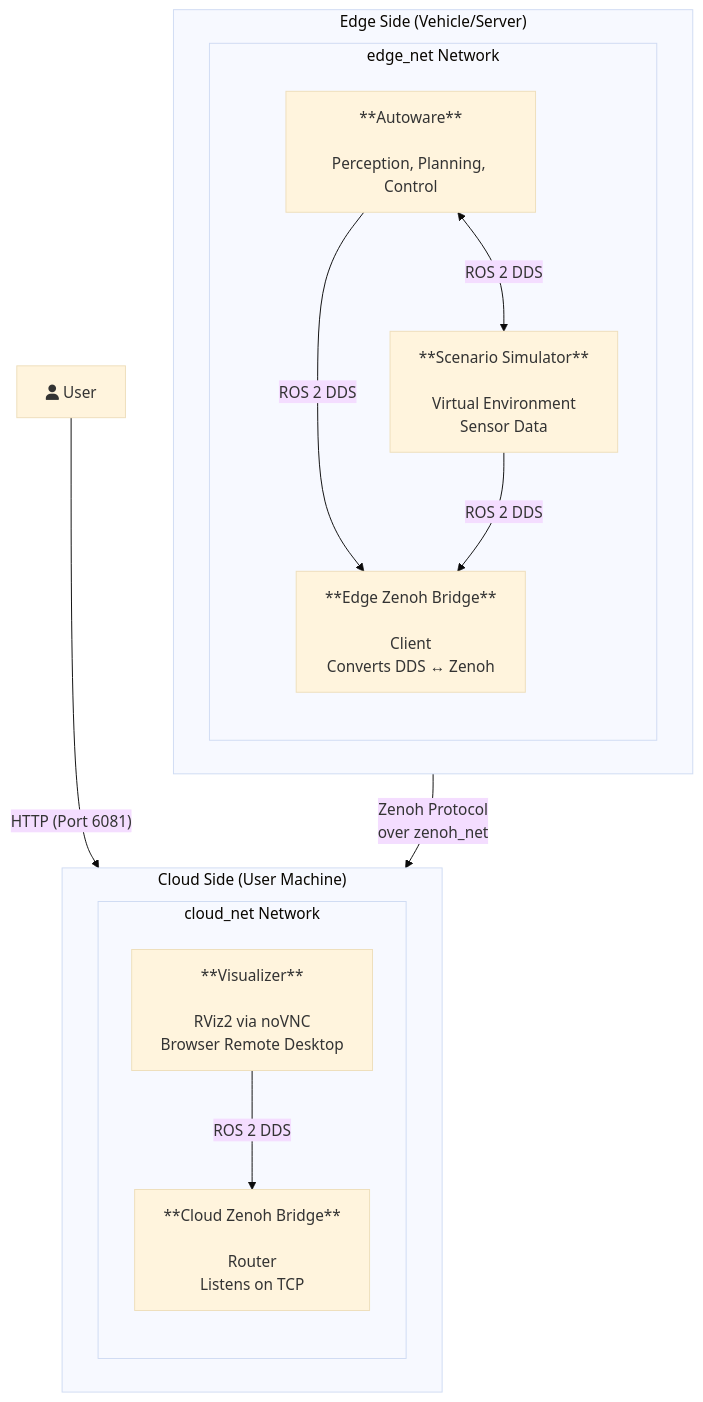
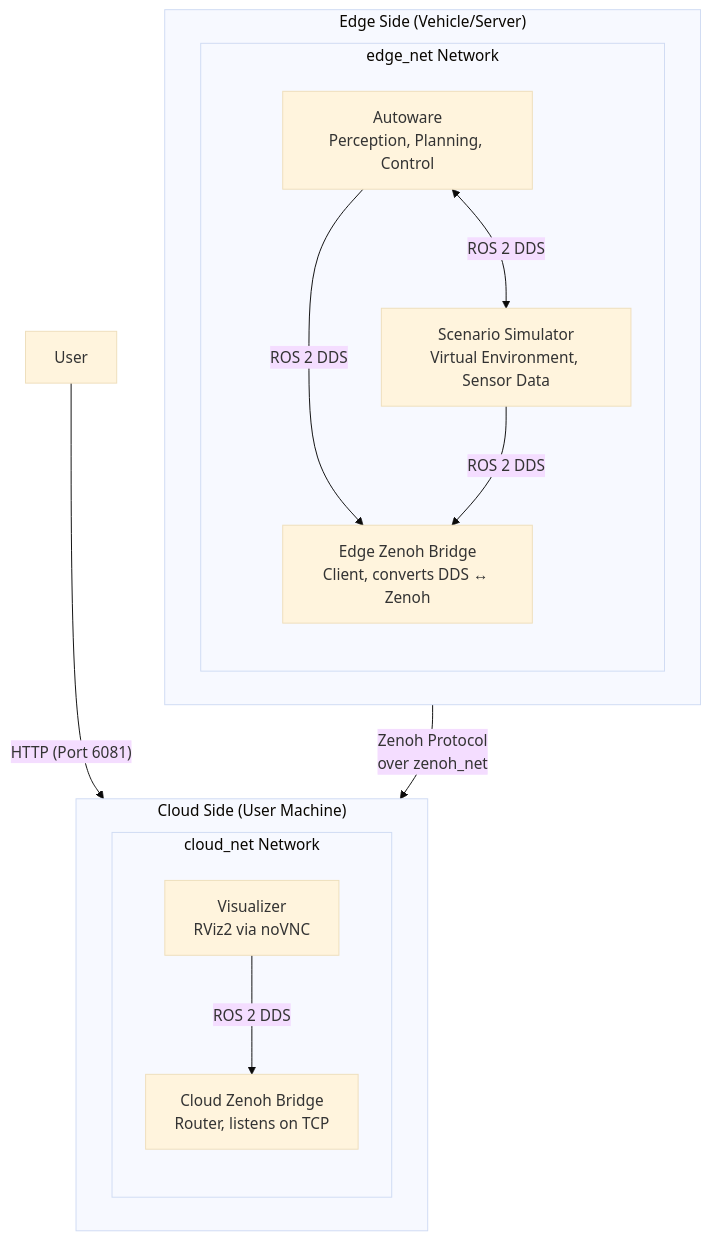
One commit to autowarefoundation/openadkit changed the first of 2 diagrams in docs/deployment/zenoh-bridge/index.md. Above: the diagram before and after it, drawn with Mermaid (base theme). The commit also changed other lines of this file and 23 other files, not shown here.

````diff
--- a/docs/deployment/zenoh-bridge/index.md
+++ b/docs/deployment/zenoh-bridge/index.md
@@ -42,34 +42,34 @@
 ```mermaid
-graph TD
+flowchart TD
     subgraph CloudSide["Cloud Side (User Machine)"]
         direction LR
 
         subgraph CloudNet[cloud_net Network]
             direction TB
 
-            visualizer["**Visualizer**<br><br>RViz2 via noVNC<br>Browser Remote Desktop"]
-            cloud_bridge["**Cloud Zenoh Bridge**<br><br>Router<br>Listens on TCP"]
+            visualizer["Visualizer<br/>RViz2 via noVNC"]
+            cloud_bridge["Cloud Zenoh Bridge<br/>Router, listens on TCP"]
 
             visualizer -->|"ROS 2 DDS"| cloud_bridge
         end
     end
 
     subgraph EdgeSide["Edge Side (Vehicle/Server)"]
         direction LR
 
         subgraph EdgeNet[edge_net Network]
             direction TB
 
-            autoware["**Autoware**<br><br>Perception, Planning, Control"]
-            scenario_simulator["**Scenario Simulator**<br><br>Virtual Environment<br>Sensor Data"]
-            edge_bridge["**Edge Zenoh Bridge**<br><br>Client<br>Converts DDS ↔ Zenoh"]
+            autoware["Autoware<br/>Perception, Planning, Control"]
+            scenario_simulator["Scenario Simulator<br/>Virtual Environment, Sensor Data"]
+            edge_bridge["Edge Zenoh Bridge<br/>Client, converts DDS ↔ Zenoh"]
 
             autoware <-->|"ROS 2 DDS"| scenario_simulator
             autoware -->|"ROS 2 DDS"| edge_bridge
             scenario_simulator -->|"ROS 2 DDS"| edge_bridge
         end
     end
 
-    user[fa:fa-user User] -->|"HTTP (Port 6081)"| visualizer
-    edge_bridge -->|"Zenoh Protocol<br>over zenoh_net"| cloud_bridge
+    user[User] -->|"HTTP (Port 6081)"| visualizer
+    edge_bridge -->|"Zenoh Protocol<br/>over zenoh_net"| cloud_bridge
 ```
````
